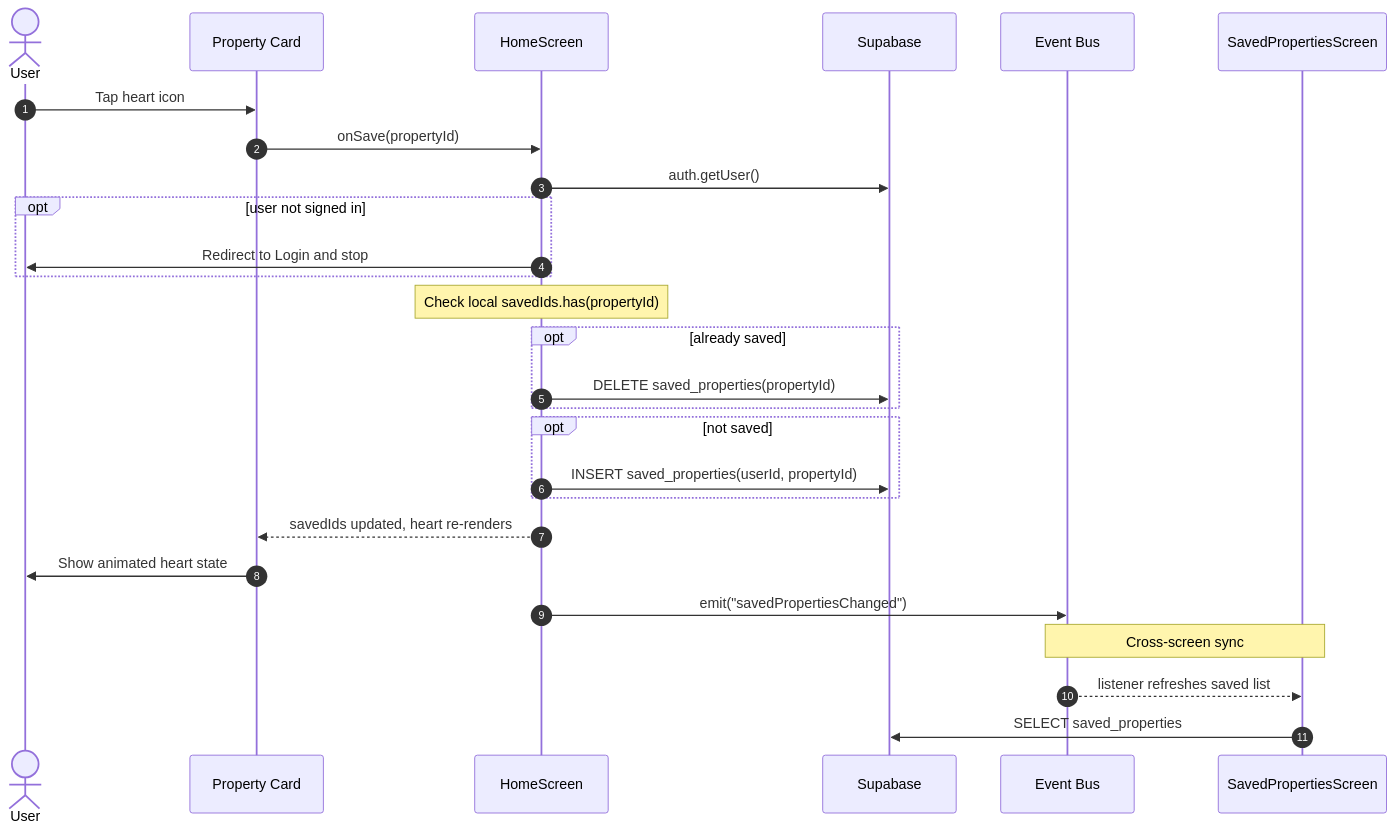
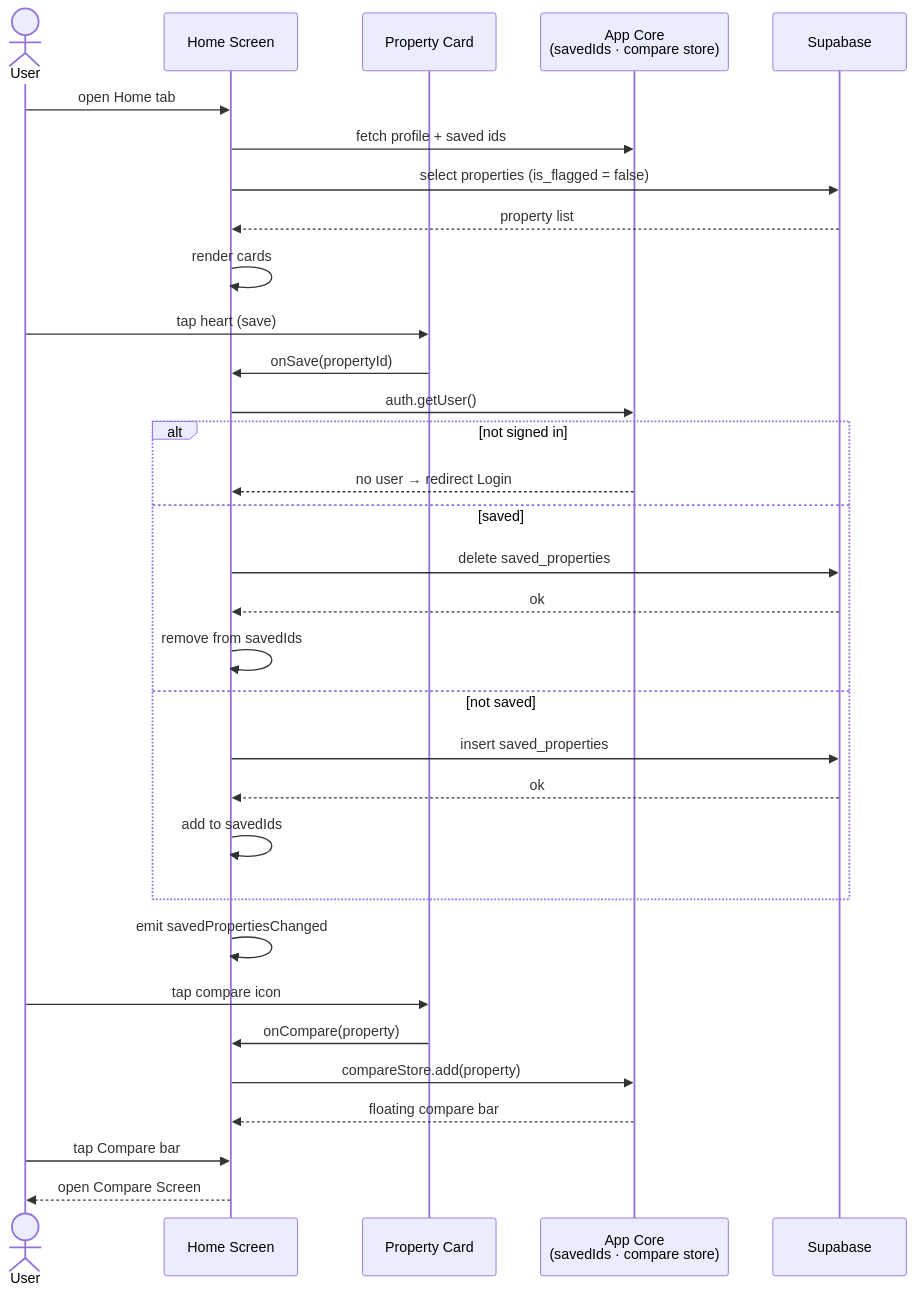
The third of 11 diagrams in docs/diagrams/README.md (phyothant-dev/nestfinder), drawn with Mermaid before and after one commit. The commit also changed other lines of this file and 14 other files, not shown here.

Commit message:
Redraw diagrams in loc-jobs style with per-flow sequence diagrams and end states

````diff
--- a/docs/diagrams/README.md
+++ b/docs/diagrams/README.md
@@ -83,35 +144,35 @@
 ```mermaid
 sequenceDiagram
-    autonumber
-    actor U as User
-    participant C as Property Card
-    participant H as HomeScreen
-    participant S as Supabase
-    participant EB as Event Bus
-    participant SP as SavedPropertiesScreen
+    actor User
+    participant HO as Home Screen
+    participant CD as Property Card
+    participant CO as App Core<br/>(savedIds · compare store)
+    participant SU as Supabase
 
-    U->>C: Tap heart icon
-    C->>H: onSave(propertyId)
-    H->>S: auth.getUser()
-
-    opt user not signed in
-        H->>U: Redirect to Login and stop
+    User->>HO: open Home tab
+    HO->>CO: fetch profile + saved ids
+    HO->>SU: select properties (is_flagged = false)
+    SU-->>HO: property list
+    HO->>HO: render cards
+    User->>CD: tap heart (save)
+    CD->>HO: onSave(propertyId)
+    HO->>CO: auth.getUser()
+    alt not signed in
+        CO-->>HO: no user → redirect Login
+    else saved
+        HO->>SU: delete saved_properties
+        SU-->>HO: ok
+        HO->>HO: remove from savedIds
+    else not saved
+        HO->>SU: insert saved_properties
+        SU-->>HO: ok
+        HO->>HO: add to savedIds
     end
-
-    Note over H: Check local savedIds.has(propertyId)
-
-    opt already saved
-        H->>S: DELETE saved_properties(propertyId)
-    end
-
-    opt not saved
-        H->>S: INSERT saved_properties(userId, propertyId)
-    end
-
-    H-->>C: savedIds updated, heart re-renders
-    C->>U: Show animated heart state
-    H->>EB: emit("savedPropertiesChanged")
-    Note over EB,SP: Cross-screen sync
-    EB-->>SP: listener refreshes saved list
-    SP->>S: SELECT saved_properties
+    HO->>HO: emit savedPropertiesChanged
+    User->>CD: tap compare icon
+    CD->>HO: onCompare(property)
+    HO->>CO: compareStore.add(property)
+    CO-->>HO: floating compare bar
+    User->>HO: tap Compare bar
+    HO-->>User: open Compare Screen
 ```
````
